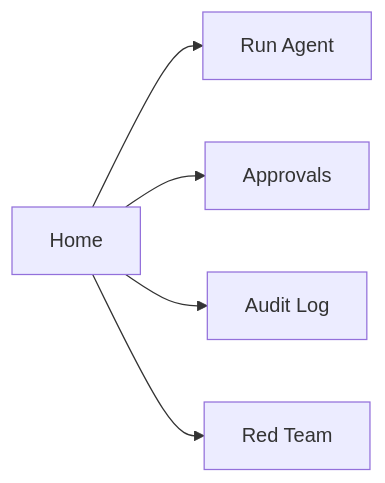
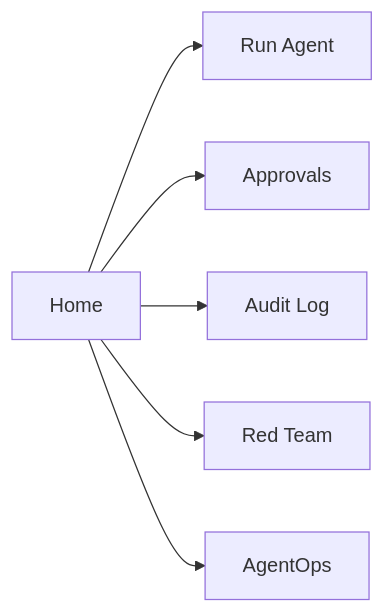
One commit to Mehulupase01/AgentForge-Multi-Tool-Agent-with-MCP--NeMo-Guardrails---Audit-Logging changed the fifth of 5 diagrams in README.md. Above: the diagram before and after it, drawn with Mermaid. The commit also changed other lines of this file, not shown here.

````diff
--- a/README.md
+++ b/README.md
@@ -704,13 +667,15 @@
 ```mermaid
 flowchart LR
     Home[Home]
     Run[Run Agent]
     Approvals[Approvals]
     Audit[Audit Log]
     Redteam[Red Team]
+    AgentOps[AgentOps]
 
     Home --> Run
     Home --> Approvals
     Home --> Audit
     Home --> Redteam
+    Home --> AgentOps
 ```
````
